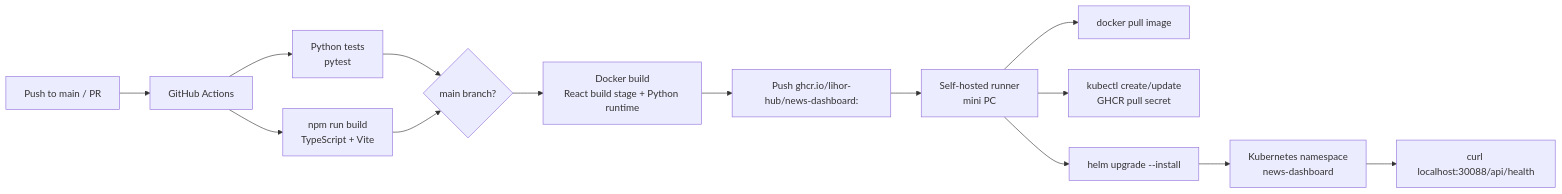
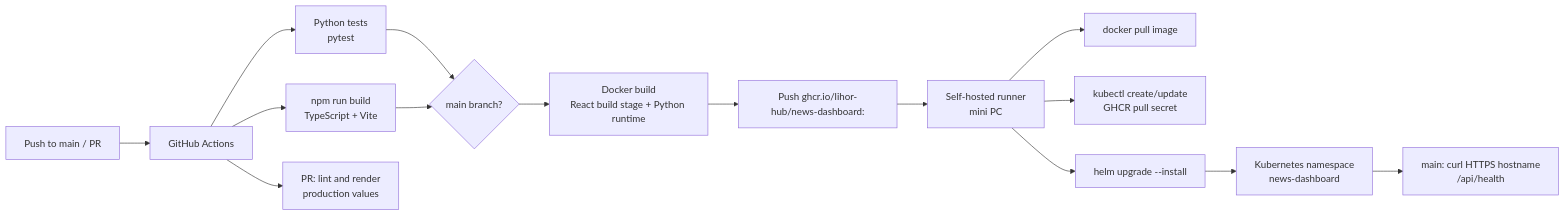
Before and after one commit to lihor-hub/news-dashboard: the fifth of 5 diagrams in website/docs/architecture/index.md, drawn with Mermaid. The commit also changed other lines of this file and 14 other files, not shown here.

````diff
--- a/website/docs/architecture/index.md
+++ b/website/docs/architecture/index.md
@@ -199,20 +201,21 @@
 ```mermaid
 flowchart LR
   Dev["Push to main / PR"] --> CI["GitHub Actions"]
 
   CI --> Tests["Python tests<br/>pytest"]
   CI --> BuildFrontend["npm run build<br/>TypeScript + Vite"]
 
   Tests --> Publish{"main branch?"}
   BuildFrontend --> Publish
 
   Publish --> Image["Docker build<br/>React build stage + Python runtime"]
   Image --> GHCR["Push ghcr.io/lihor-hub/news-dashboard:<sha>"]
 
   GHCR --> Runner["Self-hosted runner<br/>mini PC"]
   Runner --> Pull["docker pull image"]
   Runner --> Secret["kubectl create/update<br/>GHCR pull secret"]
   Runner --> Helm["helm upgrade --install"]
   Helm --> K8s["Kubernetes namespace<br/>news-dashboard"]
-  K8s --> Smoke["curl localhost:30088/api/health"]
+  CI --> Render["PR: lint and render<br/>production values"]
+  K8s --> Smoke["main: curl HTTPS hostname<br/>/api/health"]
 ```
````
